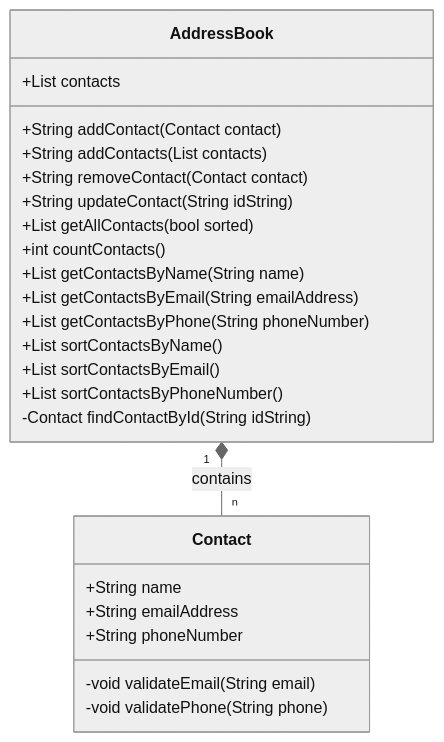
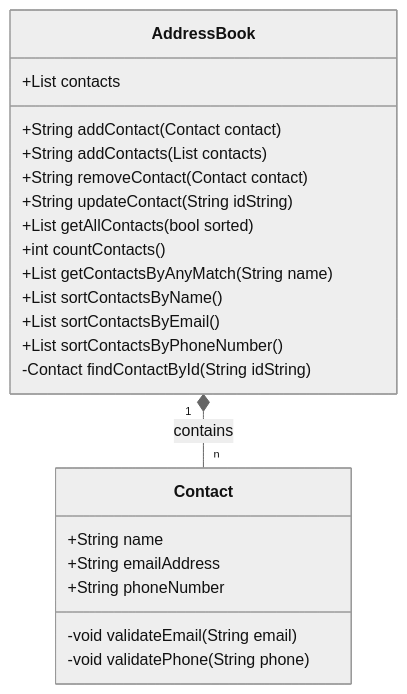
The diagram in docs/definition-of-done.md (jpmono416/df-challenge-3-copy), drawn with Mermaid (neutral theme) before and after one commit. The commit also changed 2 other files, not shown here.

Commit message:
[Refactor] : Updated tests to account for latest features implemented.

````diff
--- a/docs/definition-of-done.md
+++ b/docs/definition-of-done.md
@@ -8,30 +8,28 @@
 ```mermaid
 classDiagram
     AddressBook "1" *-- "n" Contact : contains
 
     class Contact {
         +String name
         +String emailAddress
         +String phoneNumber
         -void validateEmail(String email)
         -void validatePhone(String phone)
     }
     
     class AddressBook {
         +List<Contact> contacts
         +String addContact(Contact contact)
         +String addContacts(List<Contact> contacts)
         +String removeContact(Contact contact)
         +String updateContact(String idString)
         +List<Contact> getAllContacts(bool sorted)
         +int countContacts()
-        +List<Contact> getContactsByName(String name)
-        +List<Contact> getContactsByEmail(String emailAddress)
-        +List<Contact> getContactsByPhone(String phoneNumber)
+        +List<Contact> getContactsByAnyMatch(String name)
         +List<Contact> sortContactsByName()
         +List<Contact> sortContactsByEmail()
         +List<Contact> sortContactsByPhoneNumber()
         -Contact findContactById(String idString)
     }
         
 ```
````
